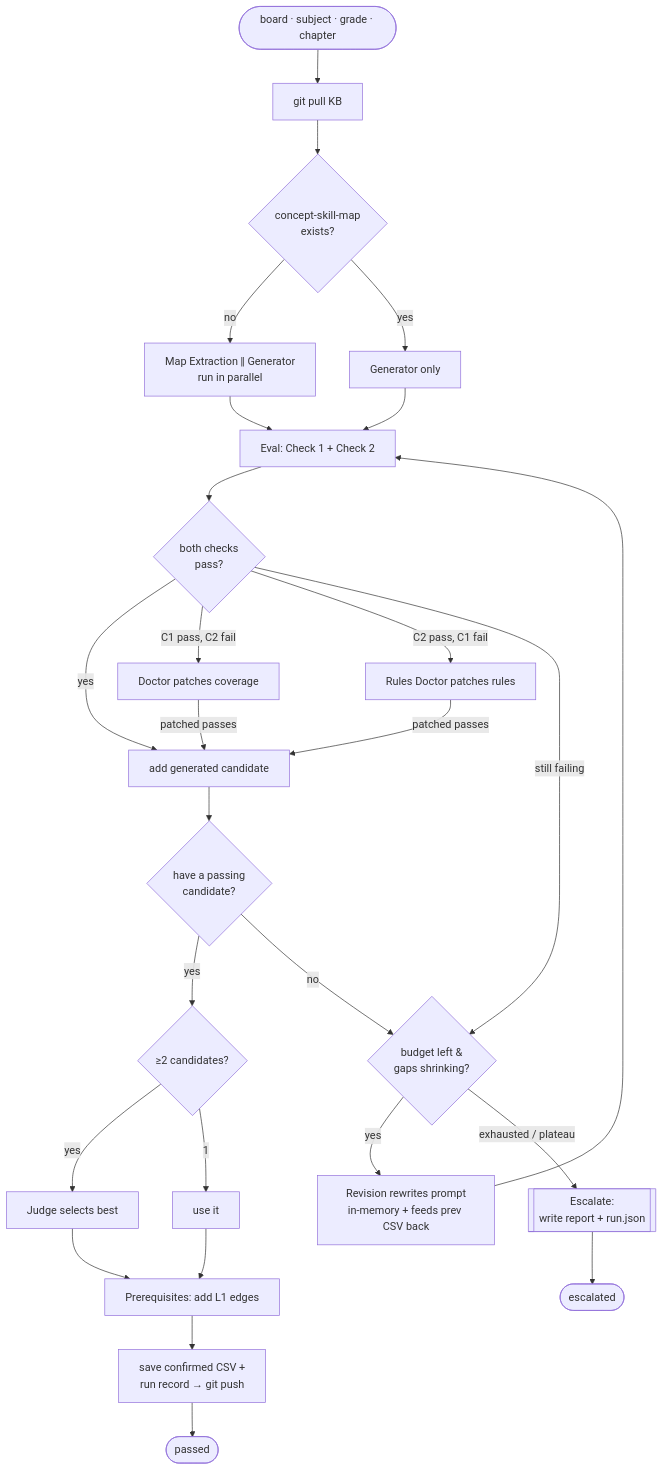
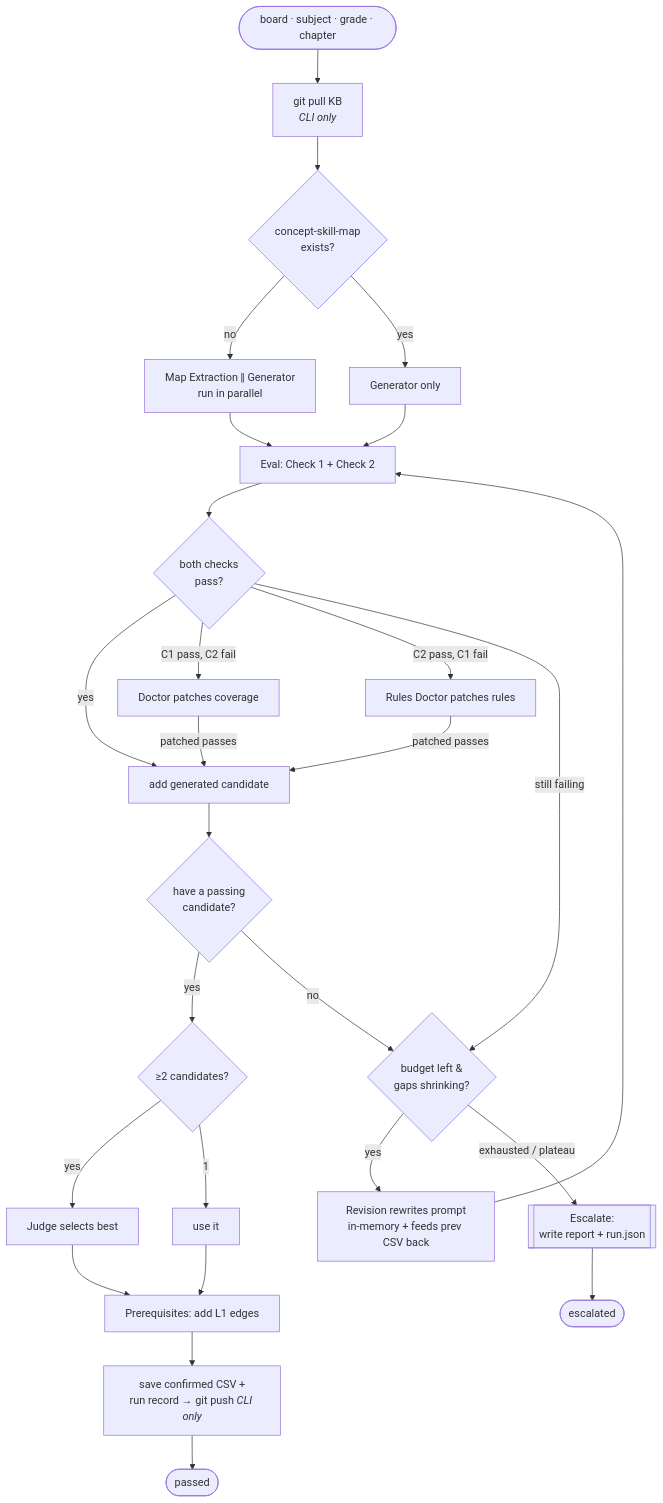
Before and after one commit to MaximusTitan/q-matrix-agents: the third of 5 diagrams in ARCHITECTURE.md, drawn with Mermaid. The commit also changed other lines of this file and 1 other file, not shown here.

First line of the commit message:
Reconcile README and ARCHITECTURE with actual code state

````diff
--- a/ARCHITECTURE.md
+++ b/ARCHITECTURE.md
@@ -171,34 +233,34 @@
 ```mermaid
 flowchart TD
-    START([board · subject · grade · chapter]) --> PULL[git pull KB]
+    START([board · subject · grade · chapter]) --> PULL[git pull KB<br/><i>CLI only</i>]
     PULL --> MAPQ{concept-skill-map<br/>exists?}
     MAPQ -->|no| PAR[Map Extraction ‖ Generator<br/>run in parallel]
     MAPQ -->|yes| GENONLY[Generator only]
     PAR --> EVAL[Eval: Check 1 + Check 2]
     GENONLY --> EVAL
 
     EVAL --> BOTH{both checks<br/>pass?}
     BOTH -->|yes| CAND[add generated candidate]
 
     BOTH -->|C1 pass, C2 fail| DOC[Doctor patches coverage]
     BOTH -->|C2 pass, C1 fail| RDOC[Rules Doctor patches rules]
     DOC -->|patched passes| CAND
     RDOC -->|patched passes| CAND
 
     CAND --> HAVE{have a passing<br/>candidate?}
     HAVE -->|yes| SELECT
 
     BOTH -->|still failing| BUDGET{budget left &<br/>gaps shrinking?}
     HAVE -->|no| BUDGET
     BUDGET -->|yes| REV[Revision rewrites prompt<br/>in-memory + feeds prev CSV back]
     REV --> EVAL
     BUDGET -->|exhausted / plateau| ESC[[Escalate:<br/>write report + run.json]]
 
     SELECT{≥2 candidates?} -->|yes| JUDGE[Judge selects best]
     SELECT -->|1| PICK[use it]
     JUDGE --> PRE
     PICK --> PRE
-    PRE[Prerequisites: add L1 edges] --> SAVE[save confirmed CSV +<br/>run record → git push]
+    PRE[Prerequisites: add L1 edges] --> SAVE[save confirmed CSV +<br/>run record → git push <i>CLI only</i>]
     SAVE --> DONE([passed])
     ESC --> DONE2([escalated])
 ```
````
